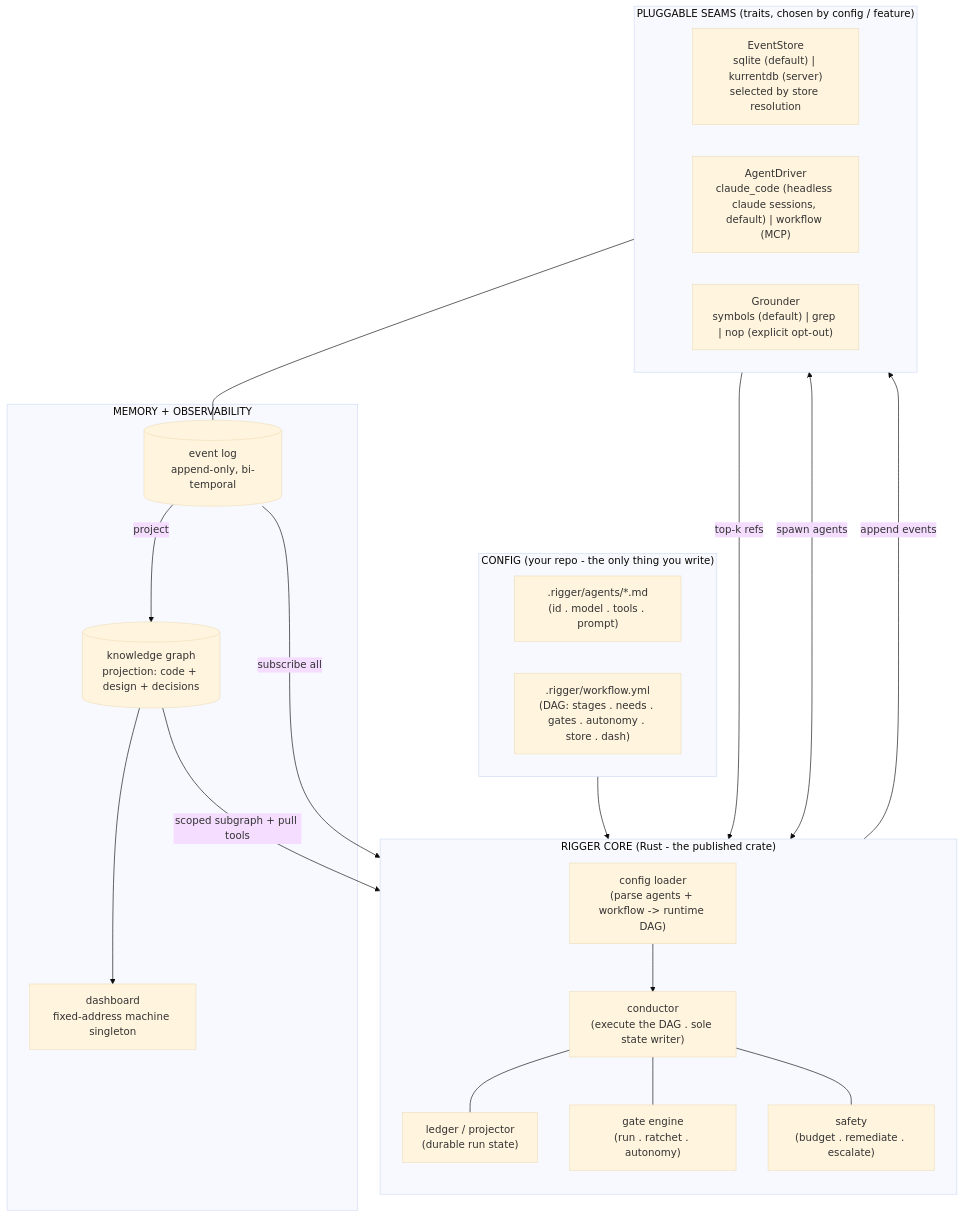
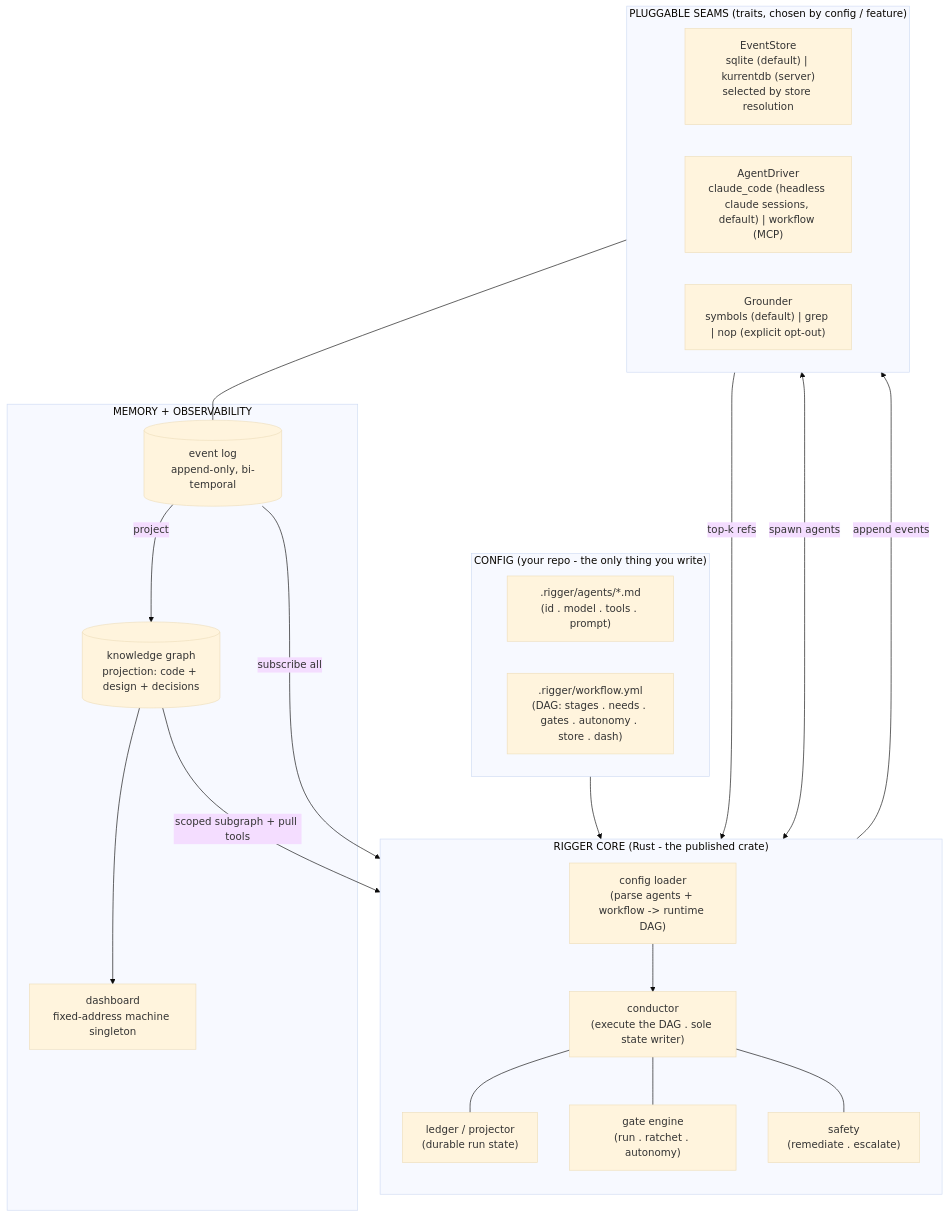
The first of 3 diagrams in docs/architecture.md (virtual-velocitation/rigger), drawn with Mermaid (base theme) before and after one commit. The commit also changed other lines of this file and 286 other files, not shown here.

Commit message:
Every reference reaches the graph, per-unit build caches, audit fixes, and no work caps without a stated reason (#198)

````diff
--- a/docs/architecture.md
+++ b/docs/architecture.md
@@ -141,41 +141,41 @@
 ```mermaid
 flowchart TB
   subgraph CFG["CONFIG (your repo - the only thing you write)"]
     AG[".rigger/agents/*.md<br/>(id . model . tools . prompt)"]
     WF[".rigger/workflow.yml<br/>(DAG: stages . needs . gates . autonomy . store . dash)"]
   end
 
   subgraph CORE["RIGGER CORE (Rust - the published crate)"]
     direction TB
     LOADER["config loader<br/>(parse agents + workflow -> runtime DAG)"]
     COND["conductor<br/>(execute the DAG . sole state writer)"]
     LEDGER["ledger / projector<br/>(durable run state)"]
     GATES["gate engine<br/>(run . ratchet . autonomy)"]
-    SAFE["safety<br/>(budget . remediate . escalate)"]
+    SAFE["safety<br/>(remediate . escalate)"]
     LOADER --> COND
     COND --- LEDGER & GATES & SAFE
   end
 
   subgraph SEAMS["PLUGGABLE SEAMS (traits, chosen by config / feature)"]
     direction LR
     ES["EventStore<br/>sqlite (default) | kurrentdb (server)<br/>selected by store resolution"]
     DR["AgentDriver<br/>claude_code (headless claude sessions, default) | workflow (MCP)"]
     GR["Grounder<br/>symbols (default) | grep | nop (explicit opt-out)"]
   end
 
   subgraph MEM["MEMORY + OBSERVABILITY"]
     LOG[("event log<br/>append-only, bi-temporal")]
     CG[("knowledge graph<br/>projection: code + design + decisions")]
     DASH["dashboard<br/>fixed-address machine singleton"]
     LOG -->|project| CG
     CG --> DASH
   end
 
   CFG --> LOADER
   COND <-->|spawn agents| DR
   COND -->|append events| ES
   ES --- LOG
   LOG -->|subscribe all| COND
   CG -->|scoped subgraph + pull tools| COND
   GR -->|top-k refs| COND
 ```
````
